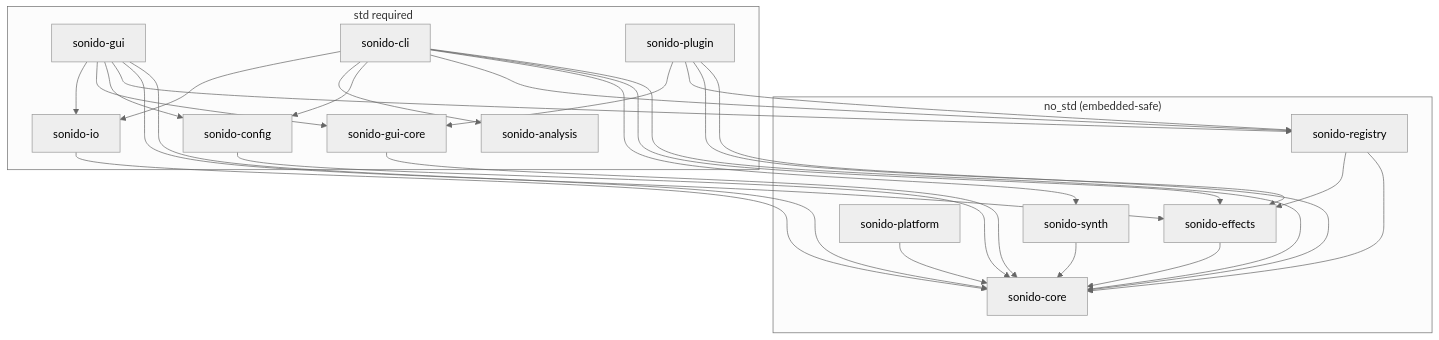
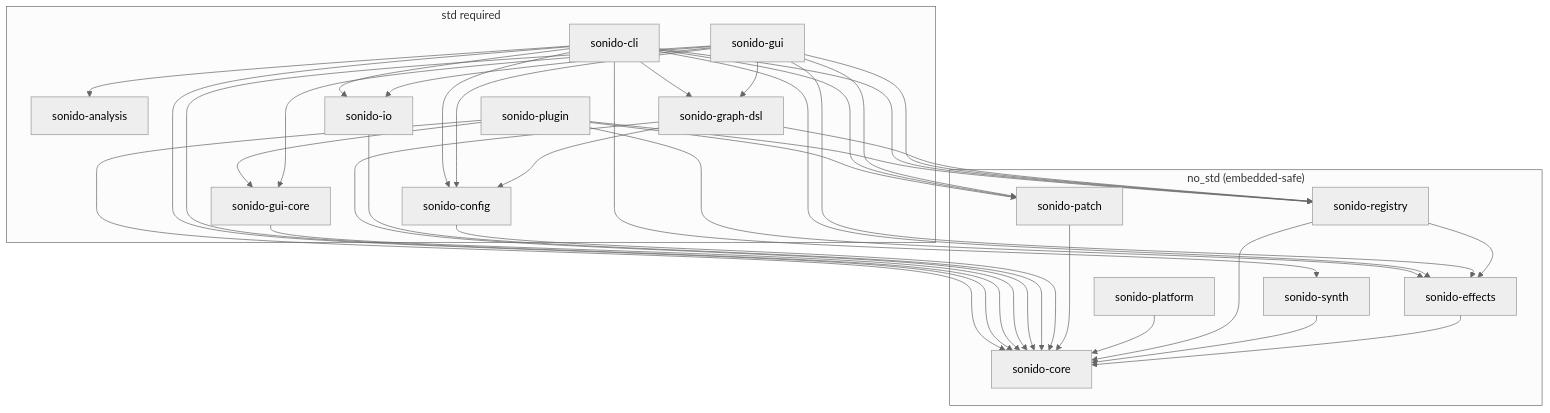
The diagram in README.md (ampactor-labs/sonido), drawn with Mermaid (neutral theme) before and after one commit. The commit also changed other lines of this file, not shown here.

First line of the commit message:
docs(readme): align architecture and effect tables with the code

````diff
--- a/README.md
+++ b/README.md
@@ -267,31 +267,35 @@
 ```mermaid
 graph TD
     subgraph "no_std (embedded-safe)"
         core[sonido-core]
         effects[sonido-effects]
         synth[sonido-synth]
         registry[sonido-registry]
         platform[sonido-platform]
+        patch[sonido-patch]
     end
 
     subgraph "std required"
         analysis[sonido-analysis]
         config[sonido-config]
         io[sonido-io]
+        graph_dsl[sonido-graph-dsl]
         gui_core[sonido-gui-core]
         gui[sonido-gui]
         cli[sonido-cli]
         plugin[sonido-plugin]
     end
 
     effects --> core
     synth --> core
     registry --> core & effects
     platform --> core
+    patch --> core
     config --> core
     io --> core
+    graph_dsl --> core & registry & config
     gui_core --> core
-    gui --> core & effects & registry & config & gui_core & io
-    cli --> core & effects & synth & registry & config & analysis & io
-    plugin --> core & effects & registry & gui_core
+    gui --> core & effects & registry & config & gui_core & io & graph_dsl & patch
+    cli --> core & effects & synth & registry & config & analysis & io & graph_dsl & patch
+    plugin --> core & effects & registry & gui_core & patch
 ```
````
